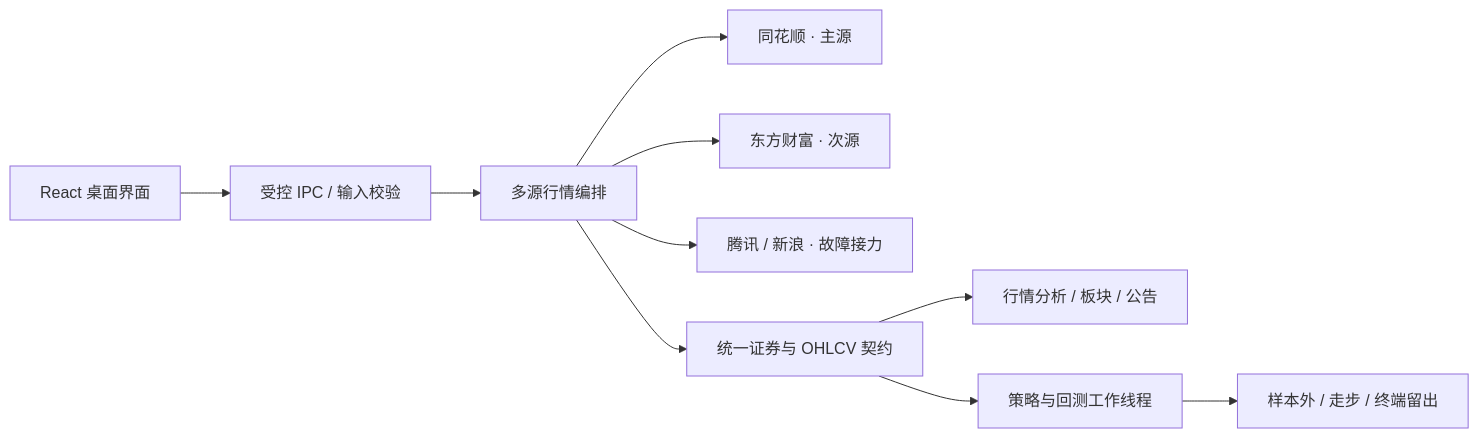
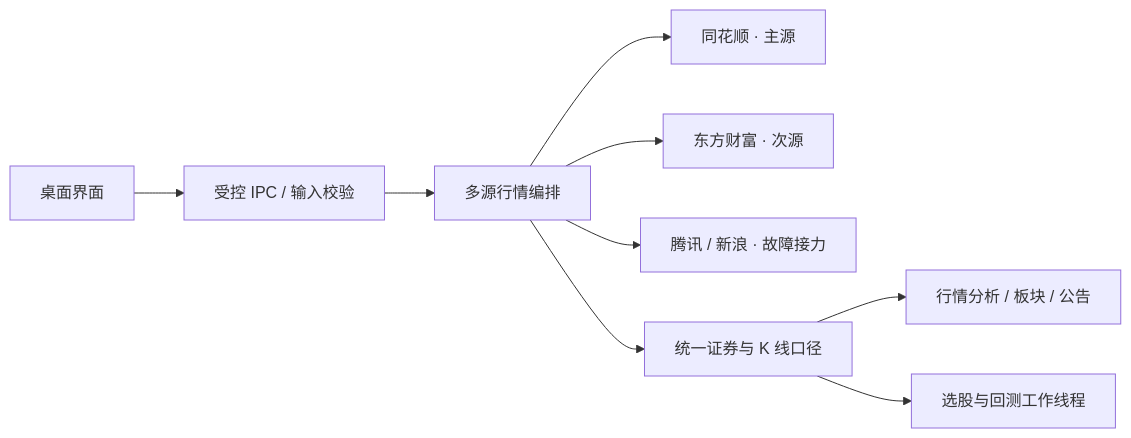
Before and after one commit to tlyer666666/a-stock-radar-tader: the diagram in README.md, drawn with Mermaid. The commit also changed other lines of this file, not shown here.

````diff
--- a/README.md
+++ b/README.md
@@ -84,12 +108,11 @@
 ```mermaid
 flowchart LR
-  UI["React 桌面界面"] --> IPC["受控 IPC / 输入校验"]
+  UI["桌面界面"] --> IPC["受控 IPC / 输入校验"]
   IPC --> Federation["多源行情编排"]
   Federation --> THS["同花顺 · 主源"]
   Federation --> EM["东方财富 · 次源"]
   Federation --> Public["腾讯 / 新浪 · 故障接力"]
-  Federation --> Normalize["统一证券与 OHLCV 契约"]
+  Federation --> Normalize["统一证券与 K 线口径"]
   Normalize --> Analysis["行情分析 / 板块 / 公告"]
-  Normalize --> Worker["策略与回测工作线程"]
-  Worker --> Audit["样本外 / 走步 / 终端留出"]
+  Normalize --> Worker["选股与回测工作线程"]
 ```
````
